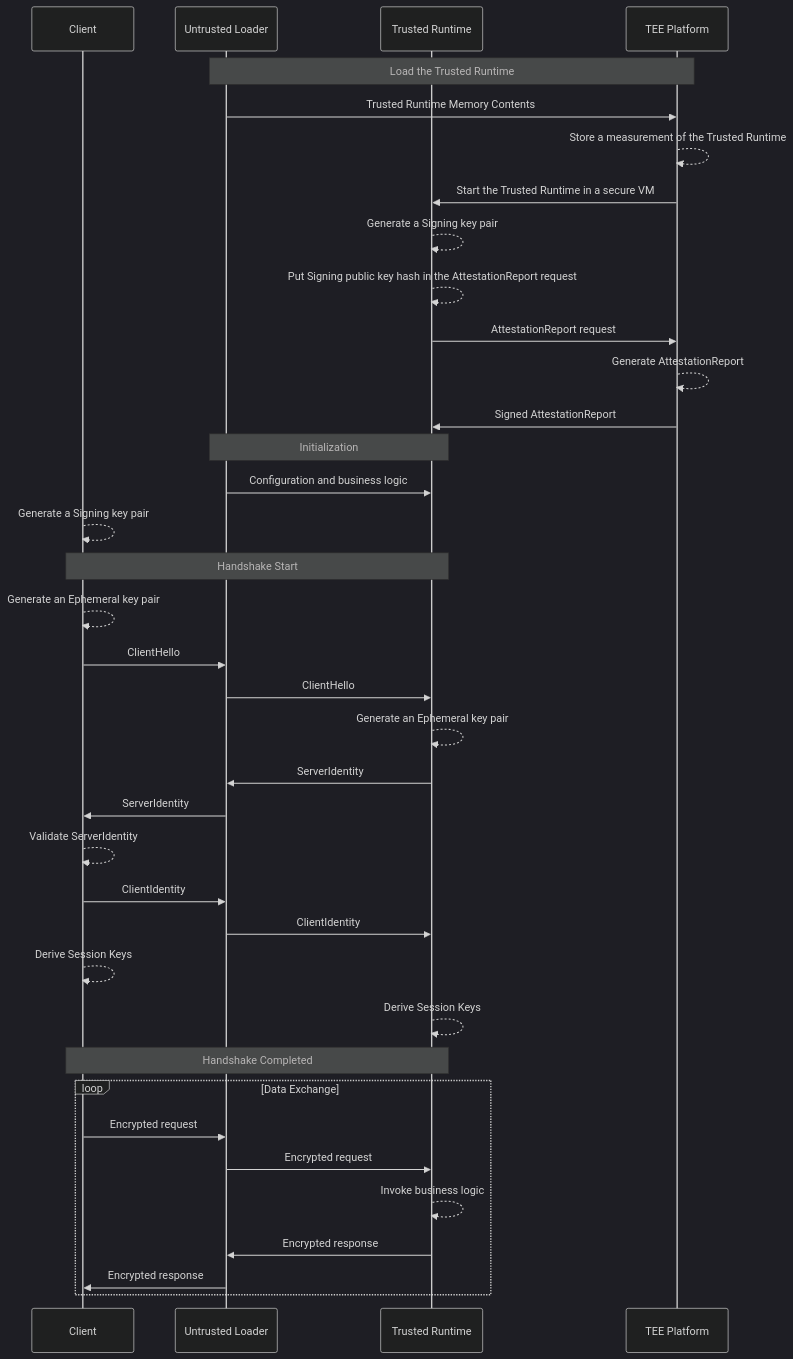
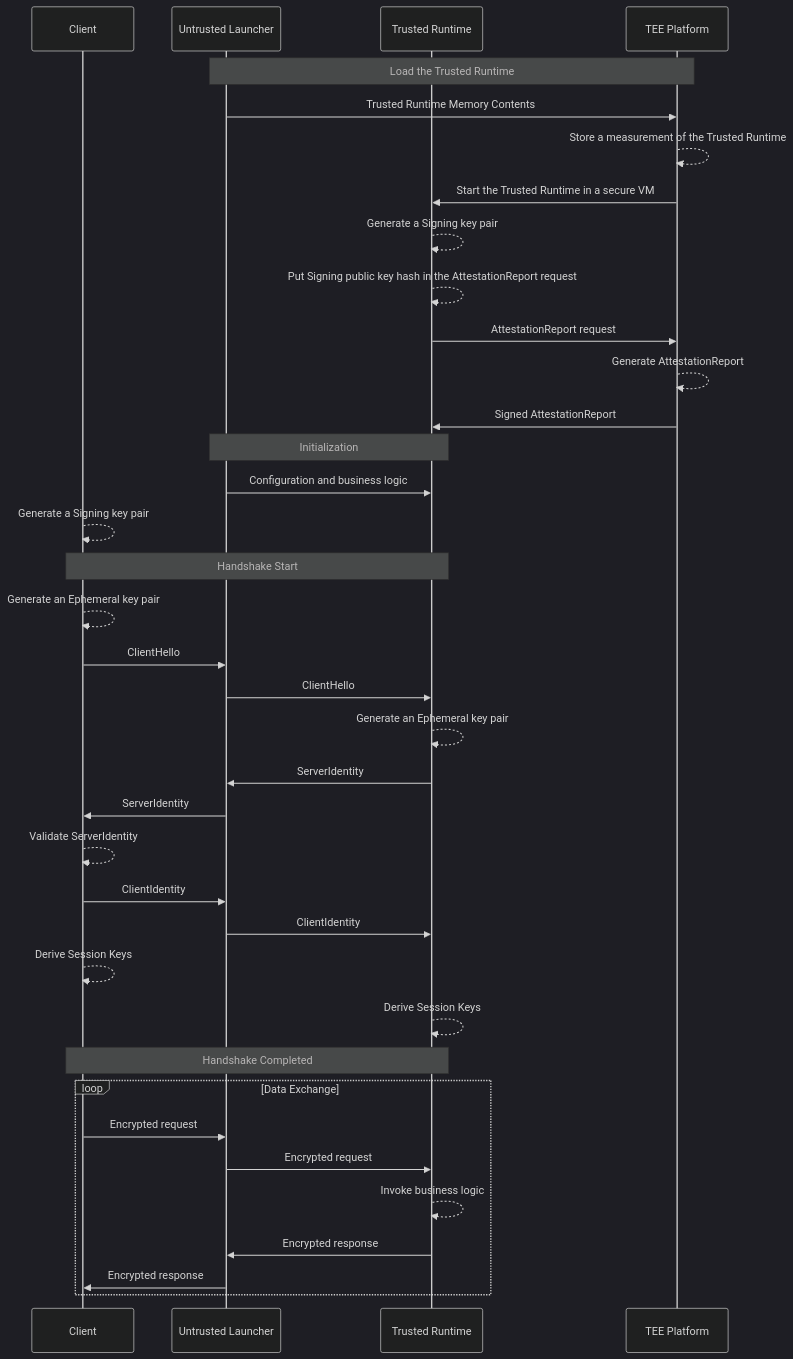
The diagram in docs/remote-attestation.md (project-oak/oak), drawn with Mermaid (dark theme) before and after one commit. The commit also changed other lines of this file and 17 other files, not shown here.

````diff
--- a/docs/remote-attestation.md
+++ b/docs/remote-attestation.md
@@ -162,52 +162,52 @@
 ```mermaid
 sequenceDiagram
   participant Client
-  participant Untrusted Loader
+  participant Untrusted Launcher
   participant Trusted Runtime
   participant TEE Platform
 
-  Note over Untrusted Loader,TEE Platform: Load the Trusted Runtime
+  Note over Untrusted Launcher,TEE Platform: Load the Trusted Runtime
 
-  Untrusted Loader->>TEE Platform: Trusted Runtime Memory Contents
+  Untrusted Launcher->>TEE Platform: Trusted Runtime Memory Contents
   TEE Platform -->> TEE Platform: Store a measurement of the Trusted Runtime
   TEE Platform ->> Trusted Runtime: Start the Trusted Runtime in a secure VM
 
   Trusted Runtime-->>Trusted Runtime: Generate a Signing key pair
   Trusted Runtime-->>Trusted Runtime: Put Signing public key hash in the AttestationReport request
   Trusted Runtime->>TEE Platform: AttestationReport request
   TEE Platform-->>TEE Platform: Generate AttestationReport
   TEE Platform->>Trusted Runtime: Signed AttestationReport
 
-  Note over Untrusted Loader,Trusted Runtime: Initialization
+  Note over Untrusted Launcher,Trusted Runtime: Initialization
 
-  Untrusted Loader->>Trusted Runtime: Configuration and business logic
+  Untrusted Launcher->>Trusted Runtime: Configuration and business logic
 
   Client-->>Client: Generate a Signing key pair
 
   Note over Client,Trusted Runtime: Handshake Start
 
   Client-->>Client: Generate an Ephemeral key pair
-  Client->>Untrusted Loader: ClientHello
-  Untrusted Loader->>Trusted Runtime: ClientHello
+  Client->>Untrusted Launcher: ClientHello
+  Untrusted Launcher->>Trusted Runtime: ClientHello
   Trusted Runtime-->>Trusted Runtime: Generate an Ephemeral key pair
 
-  Trusted Runtime->>Untrusted Loader: ServerIdentity
-  Untrusted Loader->>Client: ServerIdentity
+  Trusted Runtime->>Untrusted Launcher: ServerIdentity
+  Untrusted Launcher->>Client: ServerIdentity
   Client-->>Client: Validate ServerIdentity
 
-  Client->>Untrusted Loader: ClientIdentity
-  Untrusted Loader->>Trusted Runtime: ClientIdentity
+  Client->>Untrusted Launcher: ClientIdentity
+  Untrusted Launcher->>Trusted Runtime: ClientIdentity
 
   Client-->>Client: Derive Session Keys
   Trusted Runtime-->>Trusted Runtime: Derive Session Keys
   Note over Client,Trusted Runtime: Handshake Completed
 
 
 loop Data Exchange
-  Client->>Untrusted Loader: Encrypted request
-  Untrusted Loader->>Trusted Runtime: Encrypted request
+  Client->>Untrusted Launcher: Encrypted request
+  Untrusted Launcher->>Trusted Runtime: Encrypted request
   Trusted Runtime-->>Trusted Runtime: Invoke business logic
-  Trusted Runtime->>Untrusted Loader: Encrypted response
-  Untrusted Loader->>Client: Encrypted response
+  Trusted Runtime->>Untrusted Launcher: Encrypted response
+  Untrusted Launcher->>Client: Encrypted response
 end
 ```
````
